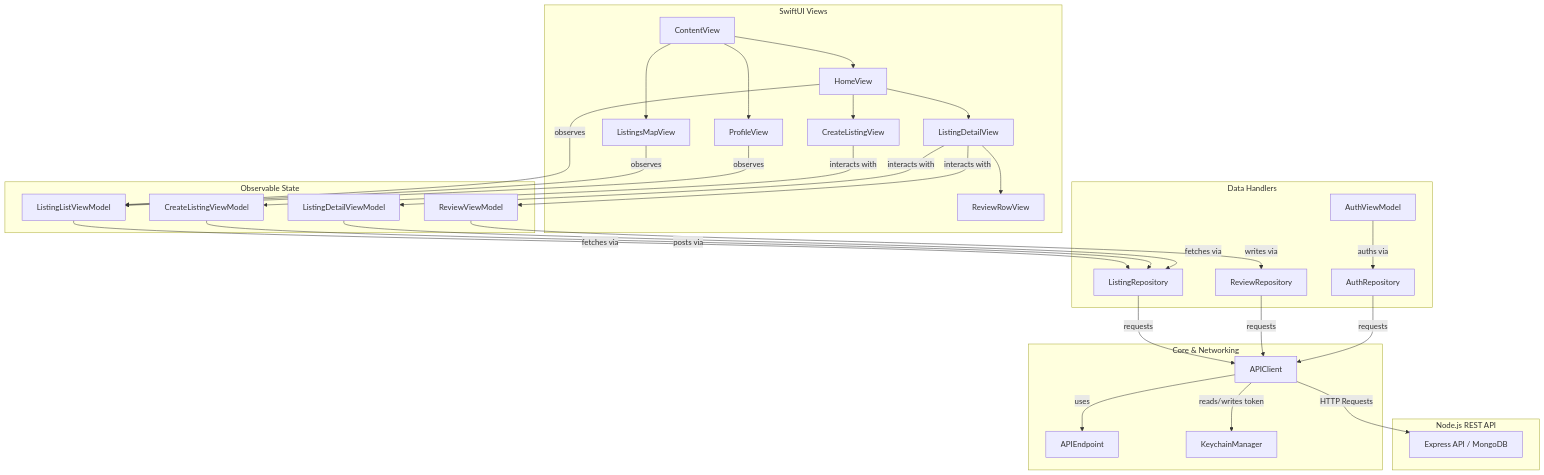
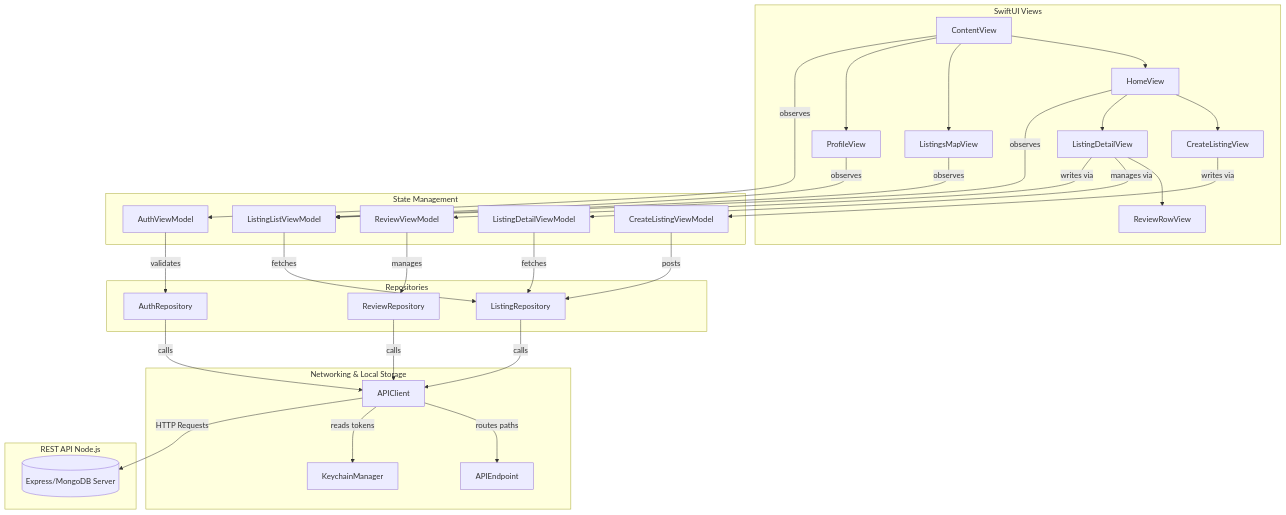
One commit to vedantdubey19/TripNest_IOS.APP changed the diagram in README.md. Above: the diagram before and after it, drawn with Mermaid. The commit also changed other lines of this file and 10 other files, not shown here.

````diff
--- a/README.md
+++ b/README.md
@@ -55,40 +55,41 @@
 ```mermaid
 graph TD
-    subgraph View Layer [SwiftUI Views]
+    subgraph UI_Layer [SwiftUI Views]
         ContentView[ContentView] --> HomeView[HomeView]
         ContentView --> ListingsMapView[ListingsMapView]
         ContentView --> ProfileView[ProfileView]
         HomeView --> CreateListingView[CreateListingView]
         HomeView --> ListingDetailView[ListingDetailView]
         ListingDetailView --> ReviewRowView[ReviewRowView]
     end
 
-    subgraph ViewModel Layer [Observable State]
+    subgraph ViewModel_Layer [State Management]
         HomeView -- observes --> ListingListViewModel[ListingListViewModel]
         ListingsMapView -- observes --> ListingListViewModel
         ProfileView -- observes --> ListingListViewModel
-        CreateListingView -- interacts with --> CreateListingViewModel[CreateListingViewModel]
-        ListingDetailView -- interacts with --> ListingDetailViewModel[ListingDetailViewModel]
-        ListingDetailView -- interacts with --> ReviewViewModel[ReviewViewModel]
+        CreateListingView -- writes via --> CreateListingViewModel[CreateListingViewModel]
+        ListingDetailView -- manages via --> ListingDetailViewModel[ListingDetailViewModel]
+        ListingDetailView -- writes via --> ReviewViewModel[ReviewViewModel]
+        ContentView -- observes --> AuthViewModel[AuthViewModel]
     end
 
-    subgraph Repository Layer [Data Handlers]
-        ListingListViewModel -- fetches via --> ListingRepository[ListingRepository]
-        CreateListingViewModel -- posts via --> ListingRepository
-        ListingDetailViewModel -- fetches via --> ListingRepository
-        ReviewViewModel -- writes via --> ReviewRepository[ReviewRepository]
-        AuthViewModel[AuthViewModel] -- auths via --> AuthRepository[AuthRepository]
+    subgraph Data_Layer [Repositories]
+        ListingListViewModel -- fetches --> ListingRepository[ListingRepository]
+        CreateListingViewModel -- posts --> ListingRepository
+        ListingDetailViewModel -- fetches --> ListingRepository
+        ReviewViewModel -- manages --> ReviewRepository[ReviewRepository]
+        AuthViewModel -- validates --> AuthRepository[AuthRepository]
     end
 
-    subgraph Core & Networking
-        ListingRepository -- requests --> APIClient[APIClient]
-        ReviewRepository -- requests --> APIClient
-        AuthRepository -- requests --> APIClient
-        APIClient -- uses --> APIEndpoint[APIEndpoint]
-        APIClient -- reads/writes token --> KeychainManager[KeychainManager]
+    subgraph Network_Storage [Networking & Local Storage]
+        ListingRepository -- calls --> APIClient[APIClient]
+        ReviewRepository -- calls --> APIClient
+        AuthRepository -- calls --> APIClient
+        APIClient -- routes paths --> APIEndpoint[APIEndpoint]
+        APIClient -- reads tokens --> KeychainManager[KeychainManager]
     end
 
-    subgraph Remote Backend [Node.js REST API]
-        APIClient -- HTTP Requests --> ExpressServer[Express API / MongoDB]
+    subgraph Backend_Server [REST API Node.js]
+        APIClient -- HTTP Requests --> MongoDB[(Express/MongoDB Server)]
     end
 ```
````
